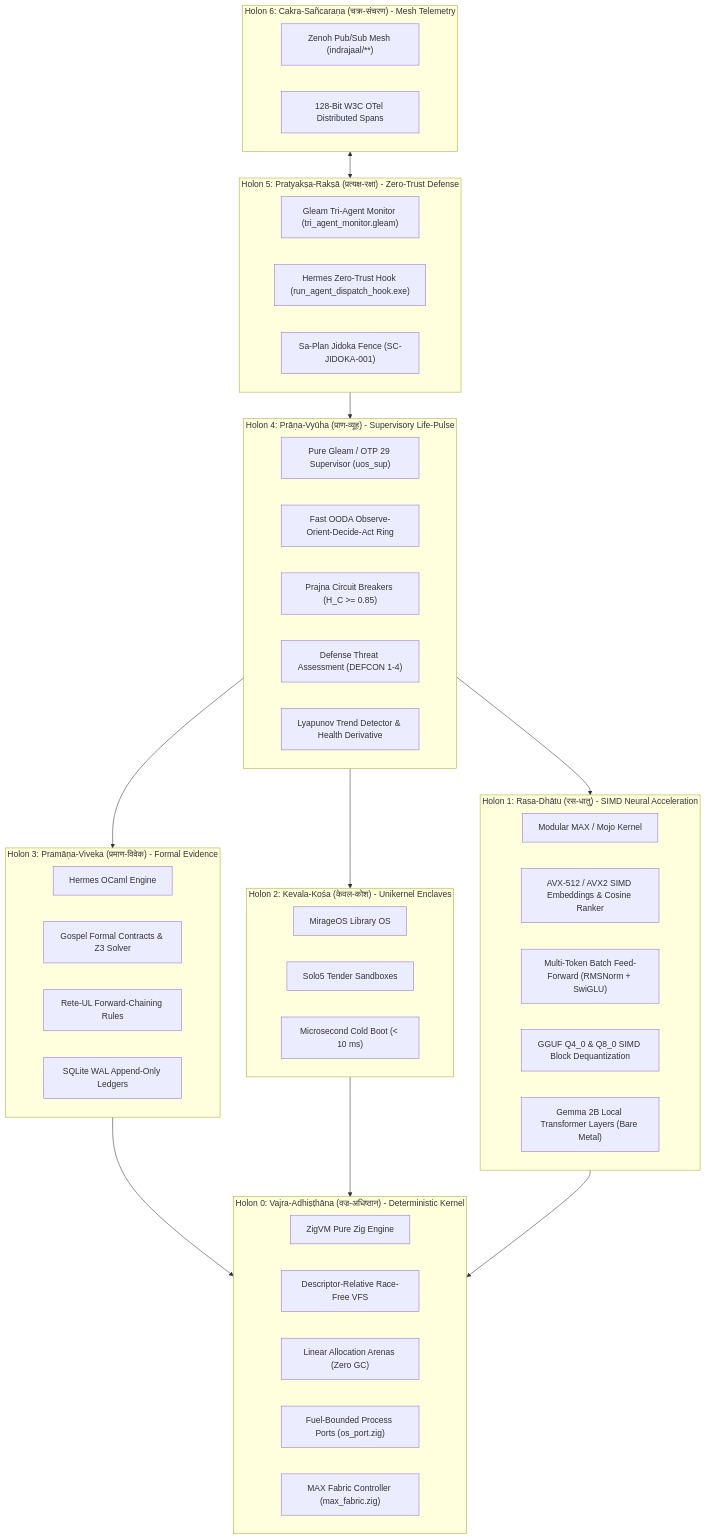
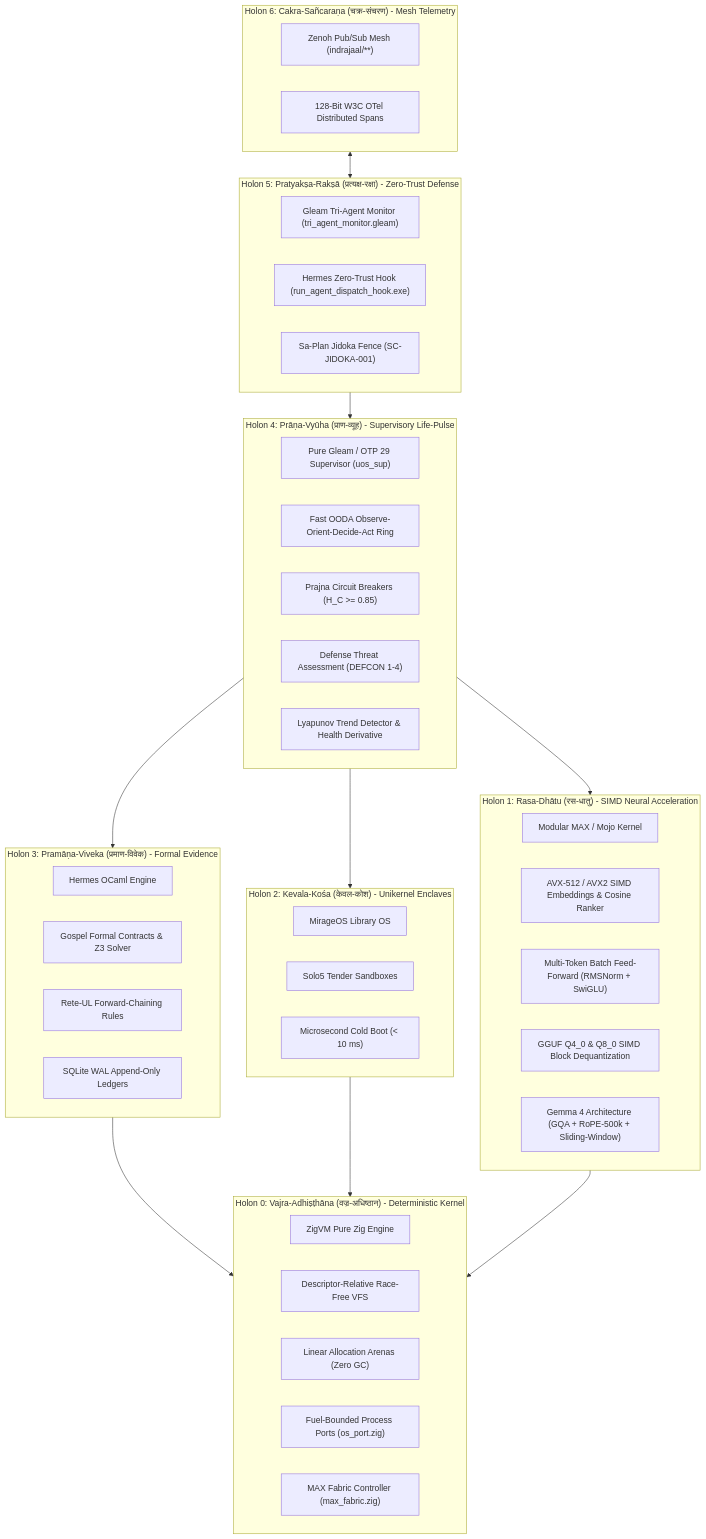
Before and after one commit to Anaik7799/uos: the diagram in docs/design/20260911-0815-samvid-vajravyuha-defense-holarchy-spec.md, drawn with Mermaid. The commit also changed other lines of this file and 7 other files, not shown here.

Commit message:
feat(defense): wire Gemma 4 bare-metal local AI into Saṁvid Vajravyūha holarchy

````diff
--- a/docs/design/20260911-0815-samvid-vajravyuha-defense-holarchy-spec.md
+++ b/docs/design/20260911-0815-samvid-vajravyuha-defense-holarchy-spec.md
@@ -118,59 +118,59 @@
 ```mermaid
 graph TD
     subgraph H6["Holon 6: Cakra-Sañcaraṇa (चक्र-संचरण) - Mesh Telemetry"]
         Z1["Zenoh Pub/Sub Mesh (indrajaal/**)"]
         Z2["128-Bit W3C OTel Distributed Spans"]
     end
 
     subgraph H5["Holon 5: Pratyakṣa-Rakṣā (प्रत्यक्ष-रक्षा) - Zero-Trust Defense"]
         S1["Gleam Tri-Agent Monitor (tri_agent_monitor.gleam)"]
         S2["Hermes Zero-Trust Hook (run_agent_dispatch_hook.exe)"]
         S3["Sa-Plan Jidoka Fence (SC-JIDOKA-001)"]
     end
 
     subgraph H4["Holon 4: Prāṇa-Vyūha (प्राण-व्यूह) - Supervisory Life-Pulse"]
         G1["Pure Gleam / OTP 29 Supervisor (uos_sup)"]
         G2["Fast OODA Observe-Orient-Decide-Act Ring"]
         G3["Prajna Circuit Breakers (H_C >= 0.85)"]
         G4["Defense Threat Assessment (DEFCON 1-4)"]
         G5["Lyapunov Trend Detector & Health Derivative"]
     end
 
     subgraph H3["Holon 3: Pramāṇa-Viveka (प्रमाण-विवेक) - Formal Evidence"]
         V1["Hermes OCaml Engine"]
         V2["Gospel Formal Contracts & Z3 Solver"]
         V3["Rete-UL Forward-Chaining Rules"]
         V4["SQLite WAL Append-Only Ledgers"]
     end
 
     subgraph H2["Holon 2: Kevala-Kośa (केवल-कोश) - Unikernel Enclaves"]
         U1["MirageOS Library OS"]
         U2["Solo5 Tender Sandboxes"]
         U3["Microsecond Cold Boot (< 10 ms)"]
     end
 
     subgraph H1["Holon 1: Rasa-Dhātu (रस-धातु) - SIMD Neural Acceleration"]
         M1["Modular MAX / Mojo Kernel"]
         M2["AVX-512 / AVX2 SIMD Embeddings & Cosine Ranker"]
         M3["Multi-Token Batch Feed-Forward (RMSNorm + SwiGLU)"]
         M4["GGUF Q4_0 & Q8_0 SIMD Block Dequantization"]
-        M5["Gemma 2B Local Transformer Layers (Bare Metal)"]
+        M5["Gemma 4 Architecture (GQA + RoPE-500k + Sliding-Window)"]
     end
 
     subgraph H0["Holon 0: Vajra-Adhiṣṭhāna (वज्र-अधिष्ठान) - Deterministic Kernel"]
         K1["ZigVM Pure Zig Engine"]
         K2["Descriptor-Relative Race-Free VFS"]
         K3["Linear Allocation Arenas (Zero GC)"]
         K4["Fuel-Bounded Process Ports (os_port.zig)"]
         K5["MAX Fabric Controller (max_fabric.zig)"]
     end
 
     H6 <--> H5
     H5 --> H4
     H4 --> H3
     H4 --> H2
     H4 --> H1
     H3 --> H0
     H2 --> H0
     H1 --> H0
 ```
````
